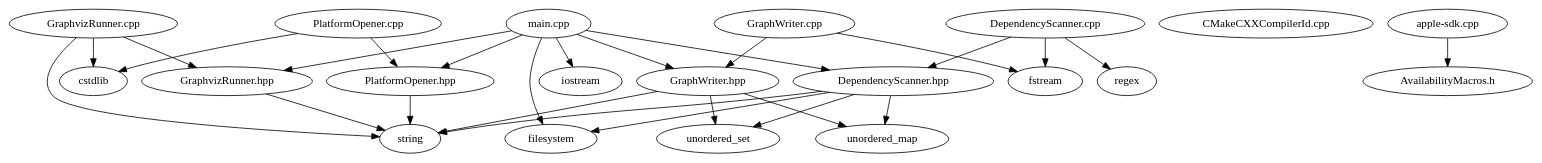
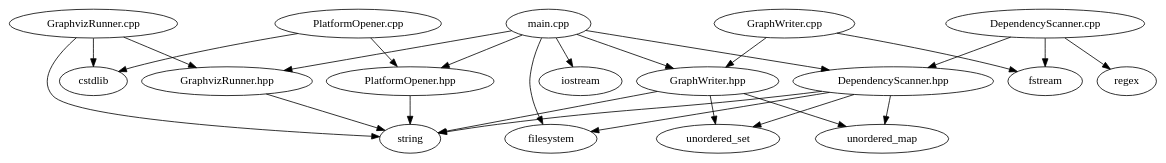
The diagram in dependencies.dot (AlexandraKemperMS/DependencyVisualizer), drawn with Graphviz before and after one commit. The commit also changed 37 other files, not shown here.

```diff
--- a/dependencies.dot
+++ b/dependencies.dot
@@ -1,29 +1,27 @@
 digraph dependencies {
   "main.cpp" -> "filesystem";
-  "main.cpp" -> "DependencyScanner.hpp";
   "main.cpp" -> "iostream";
   "main.cpp" -> "PlatformOpener.hpp";
   "main.cpp" -> "GraphvizRunner.hpp";
   "main.cpp" -> "GraphWriter.hpp";
-  "DependencyScanner.hpp" -> "filesystem";
-  "DependencyScanner.hpp" -> "unordered_map";
-  "DependencyScanner.hpp" -> "unordered_set";
-  "DependencyScanner.hpp" -> "string";
+  "main.cpp" -> "DependencyScanner.hpp";
+  "GraphWriter.cpp" -> "fstream";
+  "GraphWriter.cpp" -> "GraphWriter.hpp";
+  "PlatformOpener.cpp" -> "cstdlib";
+  "PlatformOpener.cpp" -> "PlatformOpener.hpp";
   "GraphvizRunner.cpp" -> "string";
   "GraphvizRunner.cpp" -> "cstdlib";
   "GraphvizRunner.cpp" -> "GraphvizRunner.hpp";
-  "CMakeCXXCompilerId.cpp";
-  "apple-sdk.cpp" -> "AvailabilityMacros.h";
-  "GraphvizRunner.hpp" -> "string";
   "DependencyScanner.cpp" -> "regex";
   "DependencyScanner.cpp" -> "fstream";
   "DependencyScanner.cpp" -> "DependencyScanner.hpp";
   "GraphWriter.hpp" -> "unordered_map";
   "GraphWriter.hpp" -> "unordered_set";
   "GraphWriter.hpp" -> "string";
-  "GraphWriter.cpp" -> "fstream";
-  "GraphWriter.cpp" -> "GraphWriter.hpp";
+  "DependencyScanner.hpp" -> "filesystem";
+  "DependencyScanner.hpp" -> "unordered_map";
+  "DependencyScanner.hpp" -> "unordered_set";
+  "DependencyScanner.hpp" -> "string";
+  "GraphvizRunner.hpp" -> "string";
   "PlatformOpener.hpp" -> "string";
-  "PlatformOpener.cpp" -> "cstdlib";
-  "PlatformOpener.cpp" -> "PlatformOpener.hpp";
 }
```
